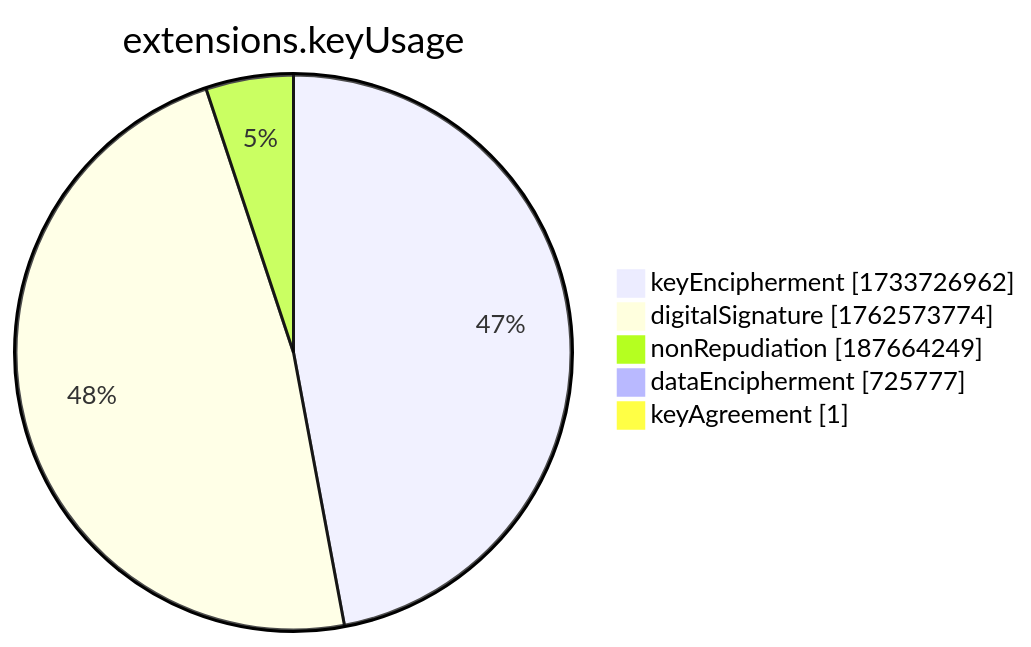
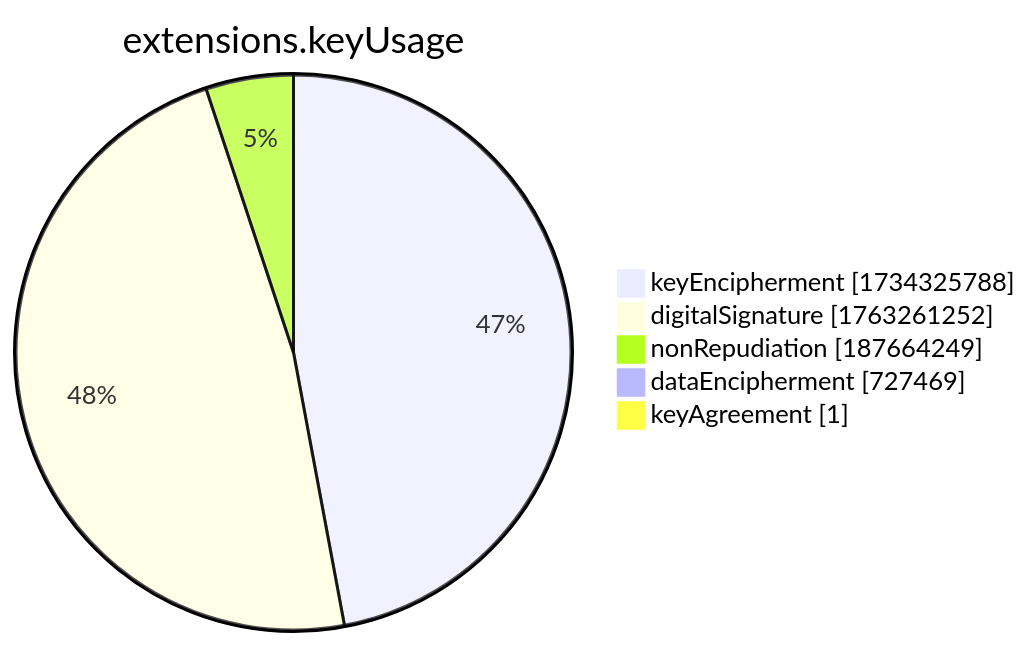
Before and after one commit to christiankrug/ctmonitor_visualization: the seventh of 15 diagrams in xenon2022/README.md, drawn with Mermaid. The commit also changed other lines of this file, not shown here.

````diff
--- a/xenon2022/README.md
+++ b/xenon2022/README.md
@@ -2859,9 +2859,9 @@
 ```mermaid
 pie showData
 title extensions.keyUsage
-"keyEncipherment" :1733726962
-"digitalSignature" :1762573774
+"keyEncipherment" :1734325788
+"digitalSignature" :1763261252
 "nonRepudiation" :187664249
-"dataEncipherment" :725777
+"dataEncipherment" :727469
 "keyAgreement" :1
 ```
````
